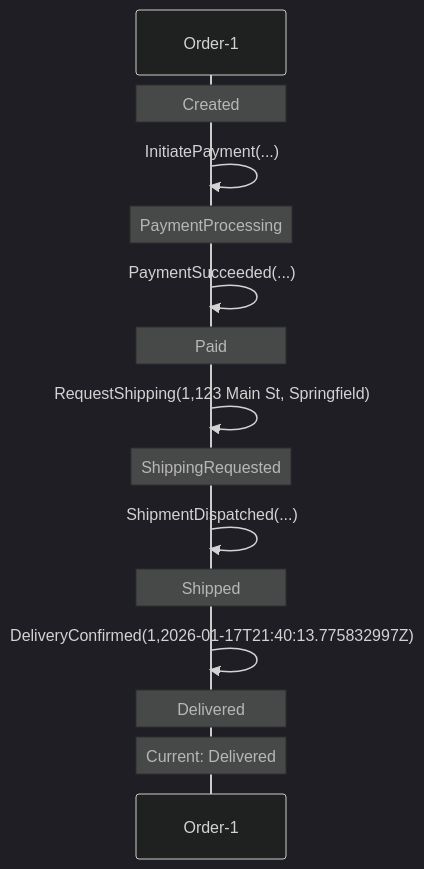
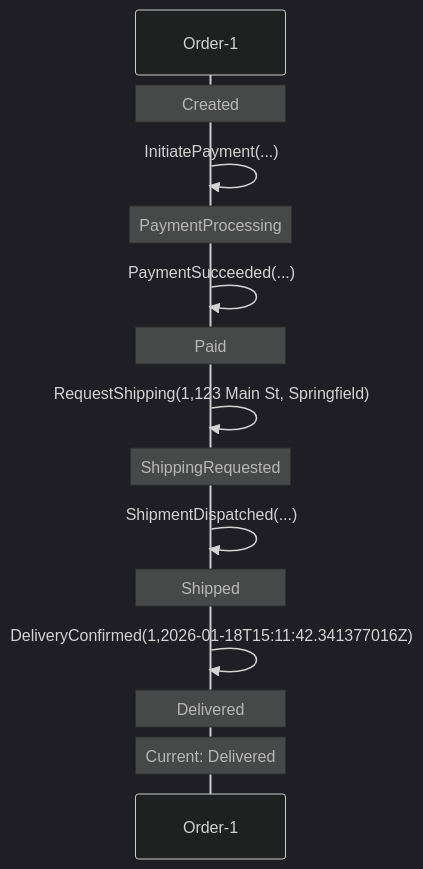
One commit to Iterable/mechanoid changed the first of 2 diagrams in docs/visualizations/order-1-trace.md. Above: the diagram before and after it, drawn with Mermaid (dark theme). The commit also changed 26 other files, not shown here.

````diff
--- a/docs/visualizations/order-1-trace.md
+++ b/docs/visualizations/order-1-trace.md
@@ -7,17 +7,17 @@
 ```mermaid
 sequenceDiagram
     participant FSM as Order-1
     Note over FSM: Created
     FSM->>FSM: InitiatePayment(...)
     Note over FSM: PaymentProcessing
     FSM->>FSM: PaymentSucceeded(...)
     Note over FSM: Paid
     FSM->>FSM: RequestShipping(1,123 Main St, Springfield)
     Note over FSM: ShippingRequested
     FSM->>FSM: ShipmentDispatched(...)
     Note over FSM: Shipped
-    FSM->>FSM: DeliveryConfirmed(1,2026-01-17T21:40:13.775832997Z)
+    FSM->>FSM: DeliveryConfirmed(1,2026-01-18T15:11:42.341377016Z)
     Note over FSM: Delivered
     Note over FSM: Current: Delivered
 
 ```
````
